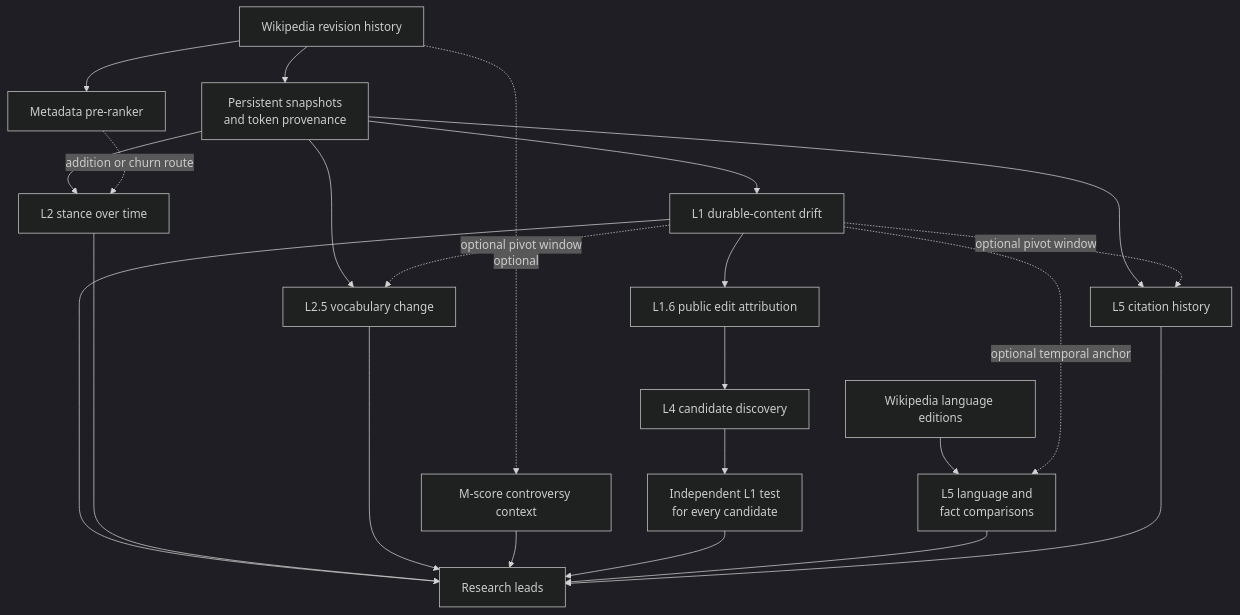
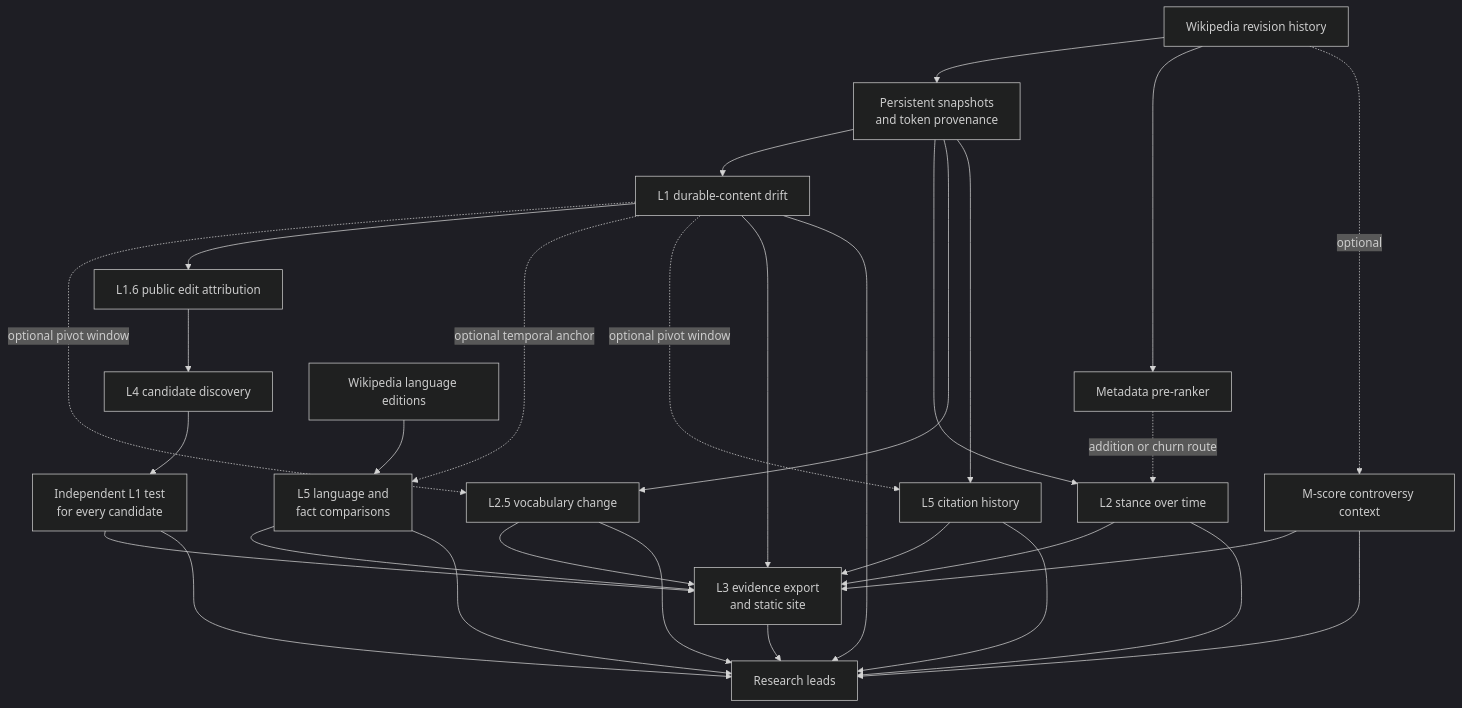
Before and after one commit to jackreichert/wikidrift: the diagram in viewer/templates/methodology.md, drawn with Mermaid (dark theme). The commit also changed other lines of this file and 44 other files, not shown here.

````diff
--- a/viewer/templates/methodology.md
+++ b/viewer/templates/methodology.md
@@ -34,27 +34,35 @@
 ```mermaid
 flowchart TD
   accTitle: WikiDrift analysis layers
-  accDescr: Wikipedia revision history feeds persistent snapshots, a metadata router, and optional controversy context. Snapshots feed durable-content, stance, vocabulary, and citation-history checks. Durable-content findings can anchor temporal comparisons and, through public edit attribution, candidate discovery. Other language editions support language and fact comparisons even without a detected rewrite. All outputs become research leads.
+  accDescr: Wikipedia revision history feeds persistent snapshots, a metadata router, and optional controversy context. Snapshots feed durable-content, stance, vocabulary, and citation-history checks. Durable-content findings can anchor temporal comparisons and, through public edit attribution, candidate discovery. L3 exports inspectable redlines and authorship views into the static site. Other language editions support language and fact comparisons even without a detected rewrite. All outputs become research leads.
   A[Wikipedia revision history] --> B[Persistent snapshots<br/>and token provenance]
   A --> C[Metadata pre-ranker]
   B --> D[L1 durable-content drift]
   B --> E[L2 stance over time]
   C -.->|addition or churn route| E
   B --> F[L2.5 vocabulary change]
   D -.->|optional pivot window| F
   A -.->|optional| G[M-score controversy context]
   D --> N[L1.6 public edit attribution]
   N --> H[L4 candidate discovery]
   H --> I[Independent L1 test<br/>for every candidate]
   L[Wikipedia language editions] --> J[L5 language and<br/>fact comparisons]
   D -.->|optional temporal anchor| J
   B --> M[L5 citation history]
   D -.->|optional pivot window| M
+  D --> O[L3 evidence export<br/>and static site]
+  E --> O
+  F --> O
+  G --> O
+  I --> O
+  J --> O
+  M --> O
   D --> K[Research leads]
   E --> K
   F --> K
   G --> K
   I --> K
   J --> K
   M --> K
+  O --> K
 ```
````
